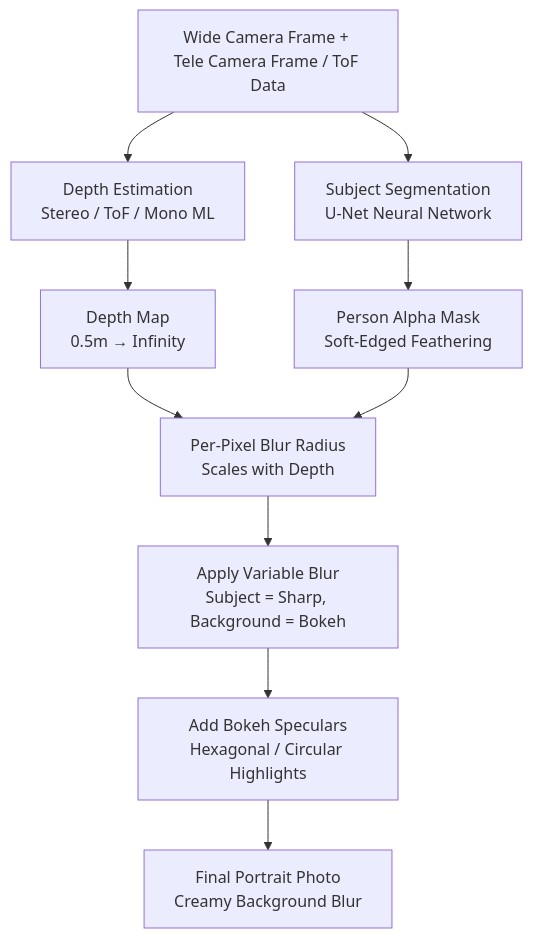
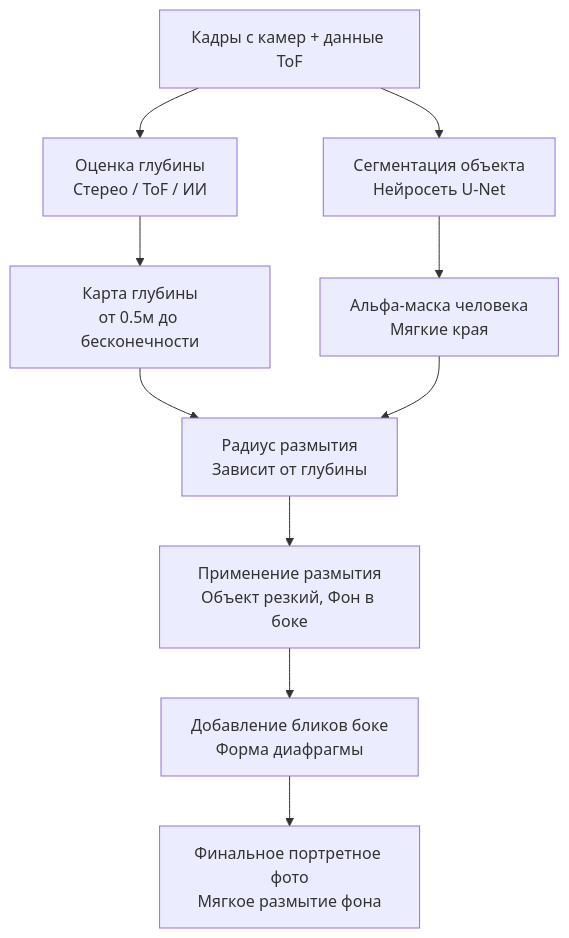
Before and after one commit to zoozooll/AndroidCameraParameters: the second of 7 diagrams in website/i18n/ru/docusaurus-plugin-content-docs/current/camera2/what-can-modern-smartphone-cameras-do.md, drawn with Mermaid. The commit also changed other lines of this file and 378 other files, not shown here.

````diff
--- a/website/i18n/ru/docusaurus-plugin-content-docs/current/camera2/what-can-modern-smartphone-cameras-do.md
+++ b/website/i18n/ru/docusaurus-plugin-content-docs/current/camera2/what-can-modern-smartphone-cameras-do.md
@@ -75,12 +75,12 @@
 ```mermaid
 flowchart TD
-    A[Wide Camera Frame + Tele Camera Frame / ToF Data] --> B[Depth Estimation\nStereo / ToF / Mono ML]
-    B --> C[Depth Map\n0.5m → Infinity]
-    A --> D[Subject Segmentation\nU-Net Neural Network]
-    D --> E[Person Alpha Mask\nSoft-Edged Feathering]
-    C --> F[Per-Pixel Blur Radius\nScales with Depth]
+    A["Кадры с камер + данные ToF"] --> B["Оценка глубины<br/>Стерео / ToF / ИИ"]
+    B --> C["Карта глубины<br/>от 0.5м до бесконечности"]
+    A --> D["Сегментация объекта<br/>Нейросеть U-Net"]
+    D --> E["Альфа-маска человека<br/>Мягкие края"]
+    C --> F["Радиус размытия<br/>Зависит от глубины"]
     E --> F
-    F --> G[Apply Variable Blur\nSubject = Sharp, Background = Bokeh]
-    G --> H[Add Bokeh Speculars\nHexagonal / Circular Highlights]
-    H --> I[Final Portrait Photo\nCreamy Background Blur]
+    F --> G["Применение размытия<br/>Объект резкий, Фон в боке"]
+    G --> H["Добавление бликов боке<br/>Форма диафрагмы"]
+    H --> I["Финальное портретное фото<br/>Мягкое размытие фона"]
 ```
````
